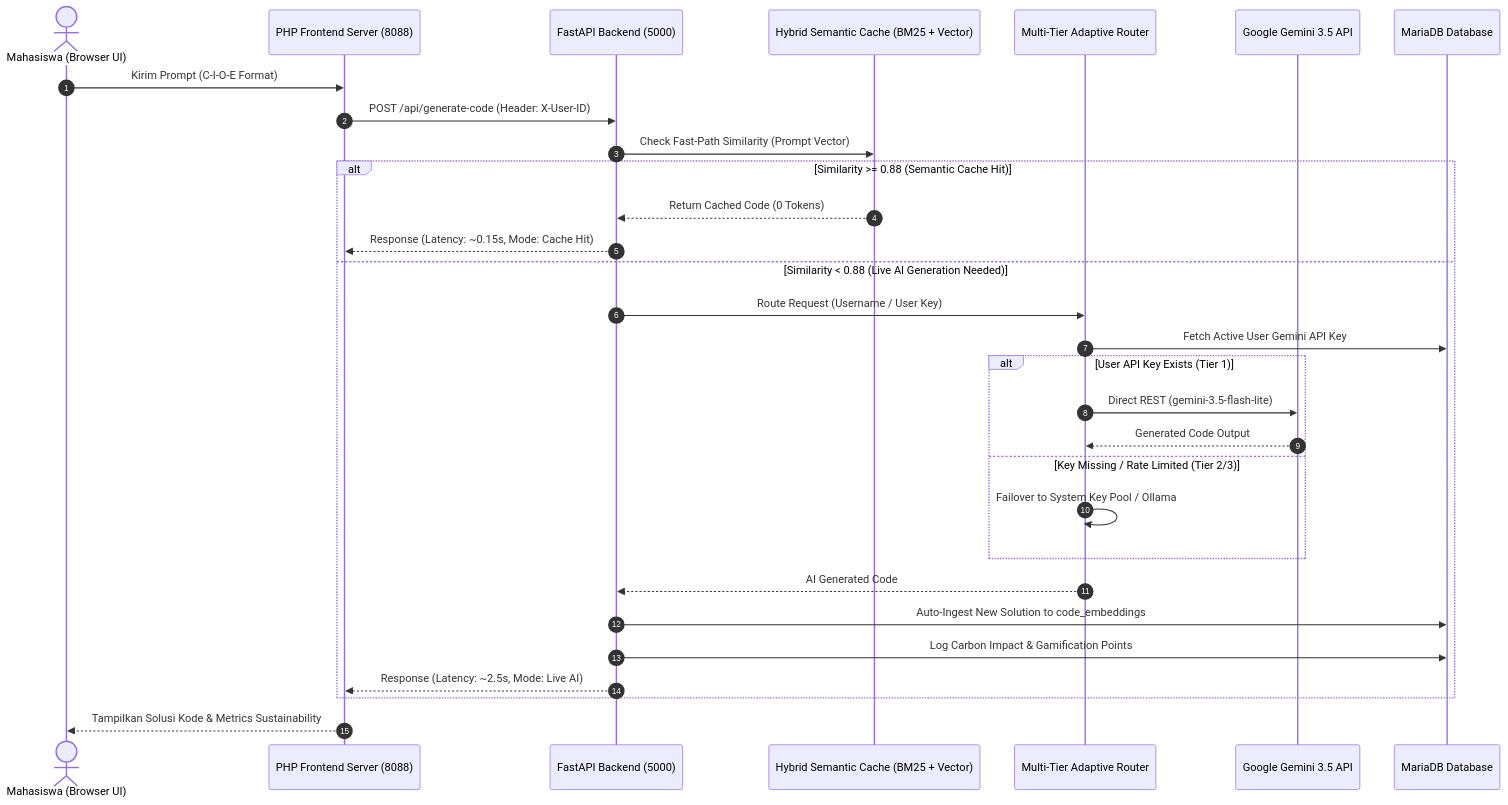
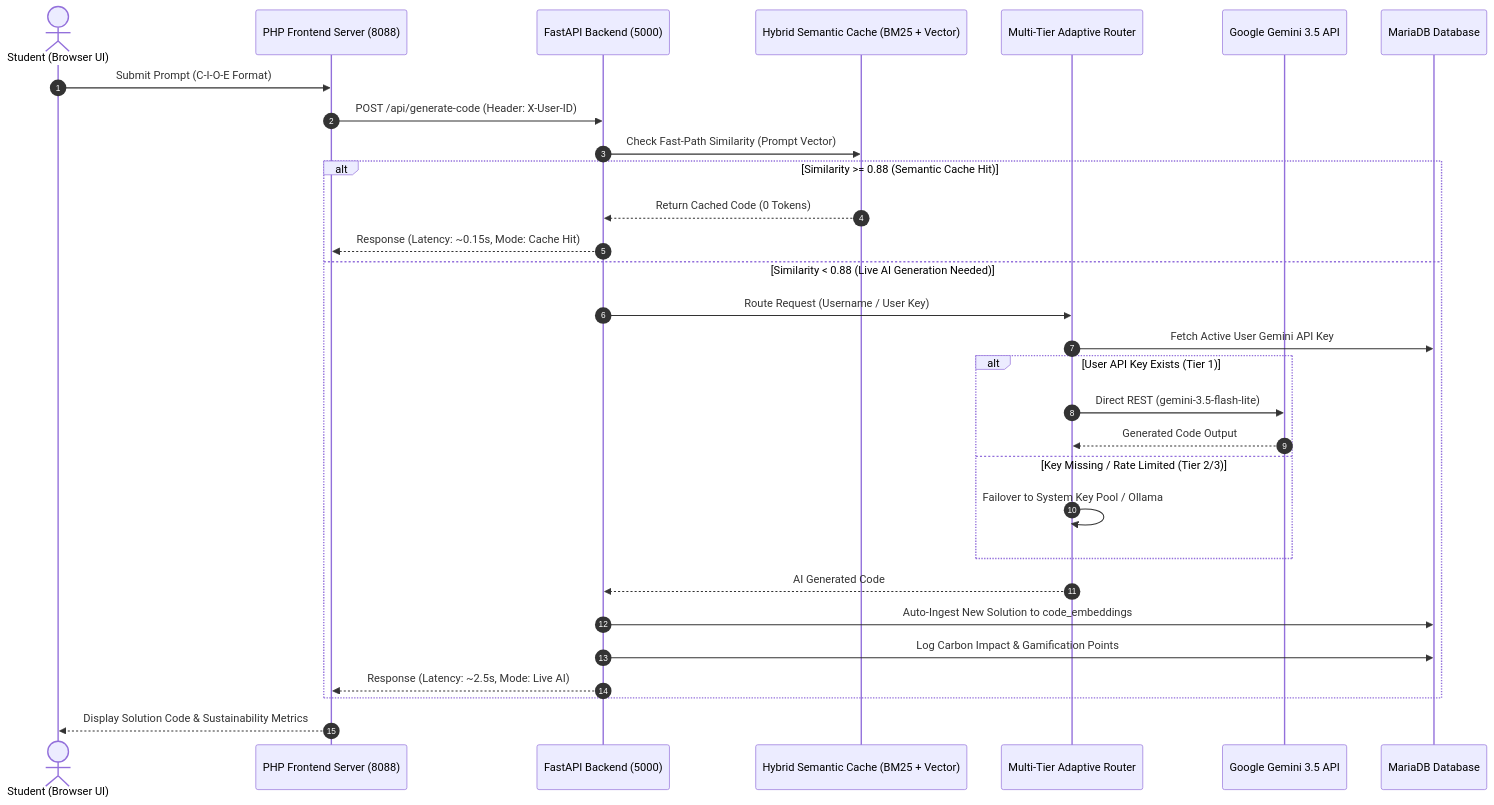
One commit to 06202003/s-sparc changed the diagram in README.md. Above: the diagram before and after it, drawn with Mermaid. The commit also changed other lines of this file, not shown here.

````diff
--- a/README.md
+++ b/README.md
@@ -99,35 +99,35 @@
 ```mermaid
 sequenceDiagram
     autonumber
-    actor Student as Mahasiswa (Browser UI)
+    actor Student as Student (Browser UI)
     participant PHP as PHP Frontend Server (8088)
     participant API as FastAPI Backend (5000)
     participant Cache as Hybrid Semantic Cache (BM25 + Vector)
     participant Router as Multi-Tier Adaptive Router
     participant Gemini as Google Gemini 3.5 API
     participant DB as MariaDB Database
 
-    Student->>PHP: Kirim Prompt (C-I-O-E Format)
+    Student->>PHP: Submit Prompt (C-I-O-E Format)
     PHP->>API: POST /api/generate-code (Header: X-User-ID)
     API->>Cache: Check Fast-Path Similarity (Prompt Vector)
     
     alt Similarity >= 0.88 (Semantic Cache Hit)
         Cache-->>API: Return Cached Code (0 Tokens)
         API-->>PHP: Response (Latency: ~0.15s, Mode: Cache Hit)
     else Similarity < 0.88 (Live AI Generation Needed)
         API->>Router: Route Request (Username / User Key)
         Router->>DB: Fetch Active User Gemini API Key
         alt User API Key Exists (Tier 1)
             Router->>Gemini: Direct REST (gemini-3.5-flash-lite)
             Gemini-->>Router: Generated Code Output
         else Key Missing / Rate Limited (Tier 2/3)
             Router->>Router: Failover to System Key Pool / Ollama
         end
         Router-->>API: AI Generated Code
         API->>DB: Auto-Ingest New Solution to code_embeddings
         API->>DB: Log Carbon Impact & Gamification Points
         API-->>PHP: Response (Latency: ~2.5s, Mode: Live AI)
     end
 
-    PHP-->>Student: Tampilkan Solusi Kode & Metrics Sustainability
+    PHP-->>Student: Display Solution Code & Sustainability Metrics
 ```
````
